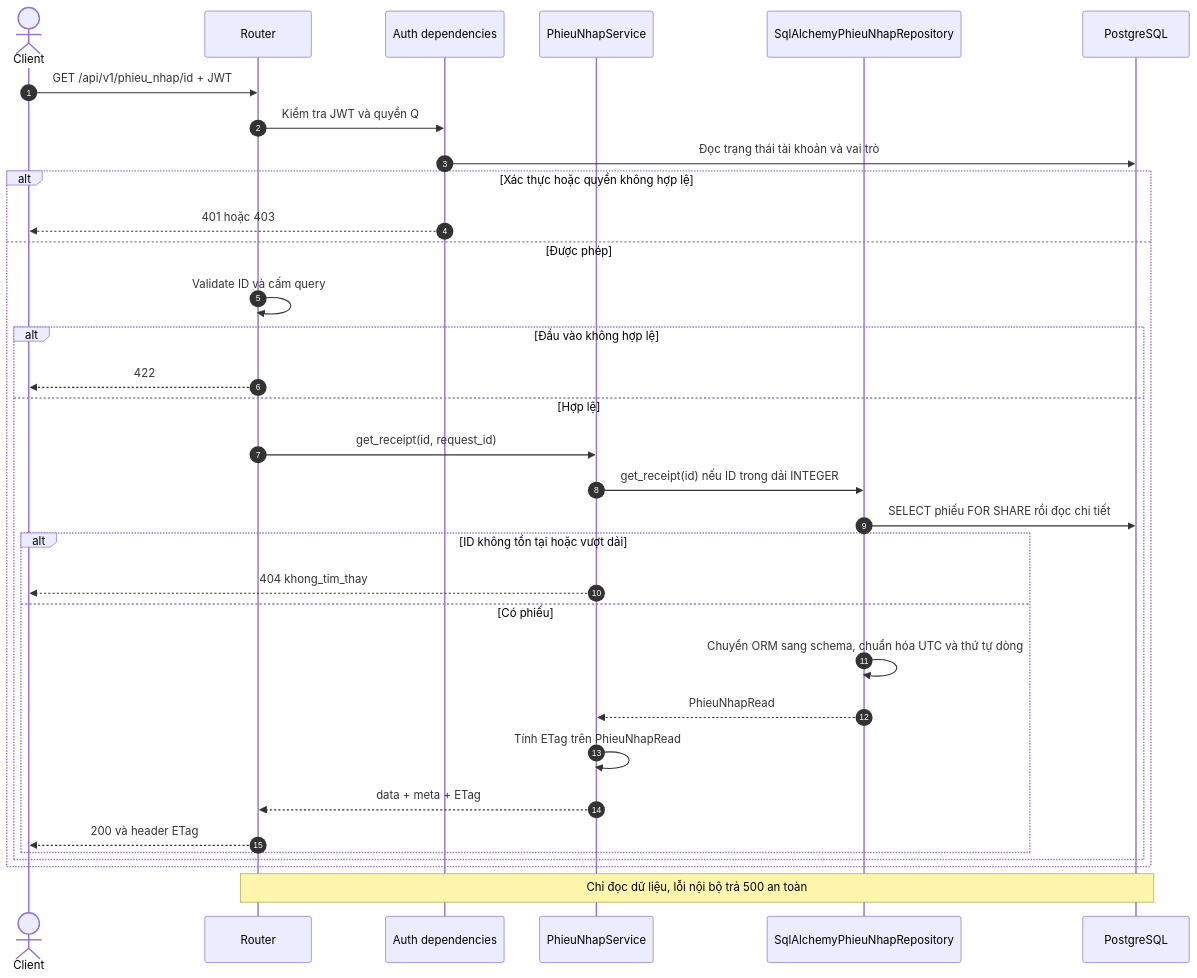
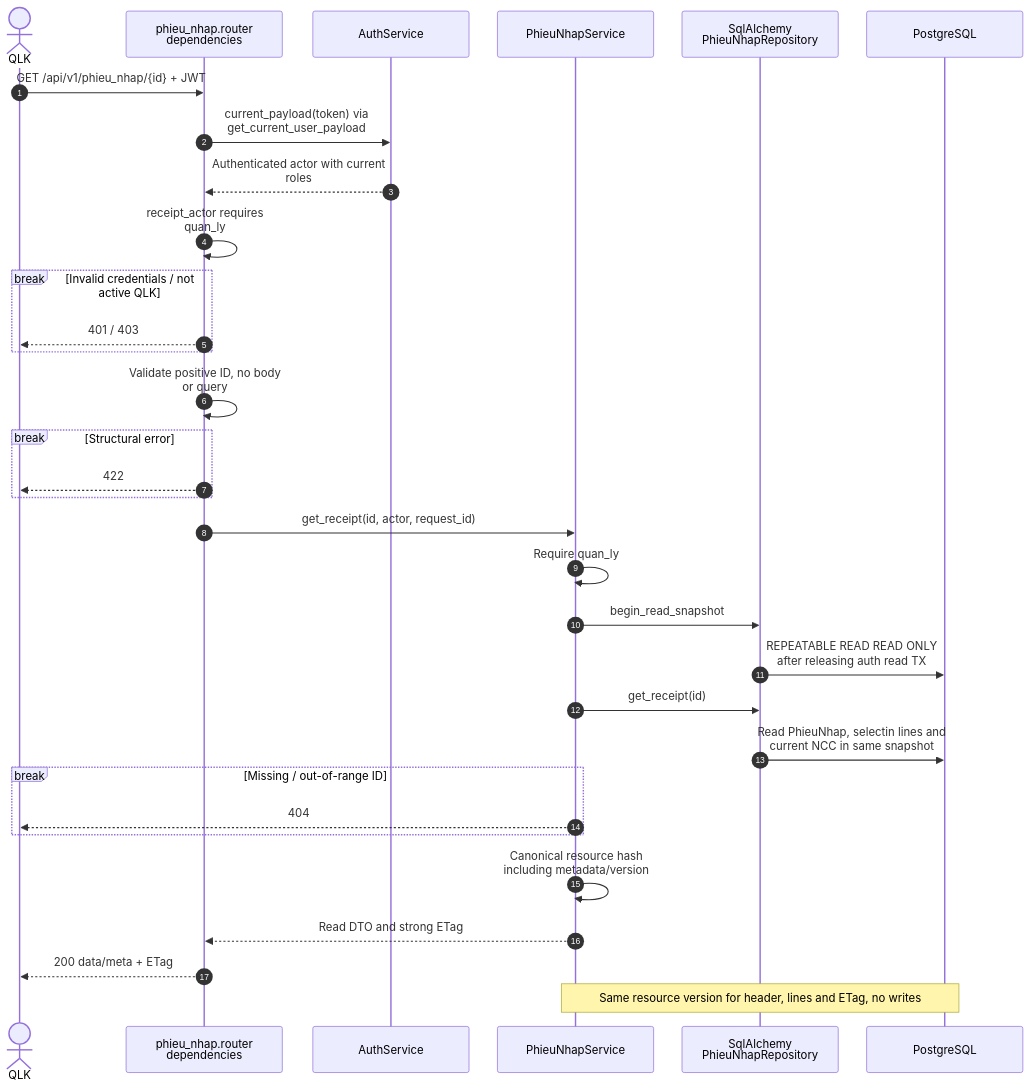
The second of 6 diagrams in docs/sequence/phieu_nhap.md (thanhklt/xbike-mrp-system), drawn with Mermaid before and after one commit. The commit also changed other lines of this file and 230 other files, not shown here.

Commit message:
fix(reporting): UC-41 báo cáo nhập-xuất-tồn và UC-42 tra cứu lịch sử biến động kho

````diff
--- a/docs/sequence/phieu_nhap.md
+++ b/docs/sequence/phieu_nhap.md
@@ -92,35 +86,35 @@
 ```mermaid
+%%{init: {"sequence": {"width": 220, "wrap": true, "actorMargin": 40}}}%%
 sequenceDiagram
     autonumber
-    actor C as Client
-    participant R as Router
-    participant D as Auth dependencies
+    actor C as QLK
+    participant R as phieu_nhap.router<br/>dependencies
+    participant A as AuthService
     participant S as PhieuNhapService
-    participant P as SqlAlchemyPhieuNhapRepository
+    participant P as SqlAlchemy<br/>PhieuNhapRepository
     participant DB as PostgreSQL
-    C->>R: GET /api/v1/phieu_nhap/id + JWT
-    R->>D: Kiểm tra JWT và quyền Q
-    D->>DB: Đọc trạng thái tài khoản và vai trò
-    alt Xác thực hoặc quyền không hợp lệ
-        D-->>C: 401 hoặc 403
-    else Được phép
-        R->>R: Validate ID và cấm query
-        alt Đầu vào không hợp lệ
-            R-->>C: 422
-        else Hợp lệ
-            R->>S: get_receipt(id, request_id)
-            S->>P: get_receipt(id) nếu ID trong dải INTEGER
-            P->>DB: SELECT phiếu FOR SHARE rồi đọc chi tiết
-            alt ID không tồn tại hoặc vượt dải
-                S-->>C: 404 khong_tim_thay
-            else Có phiếu
-                P->>P: Chuyển ORM sang schema, chuẩn hóa UTC và thứ tự dòng
-                P-->>S: PhieuNhapRead
-                S->>S: Tính ETag trên PhieuNhapRead
-                S-->>R: data + meta + ETag
-                R-->>C: 200 và header ETag
-            end
-        end
+    C->>R: GET /api/v1/phieu_nhap/{id} + JWT
+    R->>A: current_payload(token) via get_current_user_payload
+    A-->>R: Authenticated actor with current roles
+    R->>R: receipt_actor requires quan_ly
+    break Invalid credentials / not active QLK
+        R-->>C: 401 / 403
     end
-    Note over R,DB: Chỉ đọc dữ liệu, lỗi nội bộ trả 500 an toàn
+    R->>R: Validate positive ID, no body or query
+    break Structural error
+        R-->>C: 422
+    end
+    R->>S: get_receipt(id, actor, request_id)
+    S->>S: Require quan_ly
+    S->>P: begin_read_snapshot
+    P->>DB: REPEATABLE READ READ ONLY after releasing auth read TX
+    S->>P: get_receipt(id)
+    P->>DB: Read PhieuNhap, selectin lines and current NCC in same snapshot
+    break Missing / out-of-range ID
+        S-->>C: 404
+    end
+    S->>S: Canonical resource hash including metadata/version
+    S-->>R: Read DTO and strong ETag
+    R-->>C: 200 data/meta + ETag
+    Note over S,DB: Same resource version for header, lines and ETag, no writes
 ```
````
